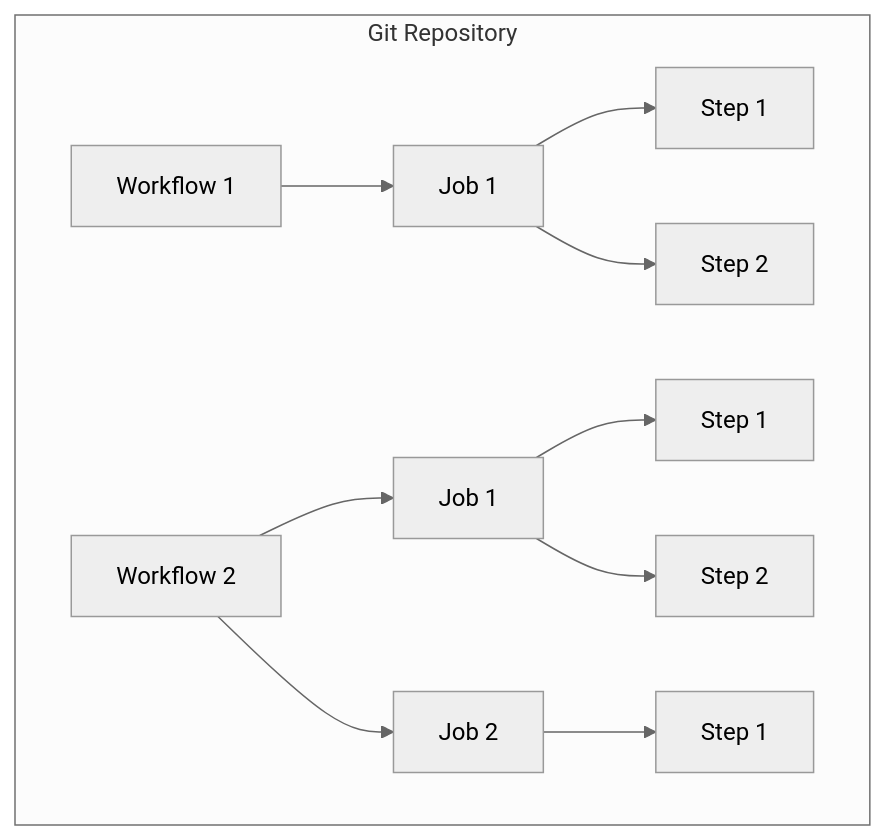
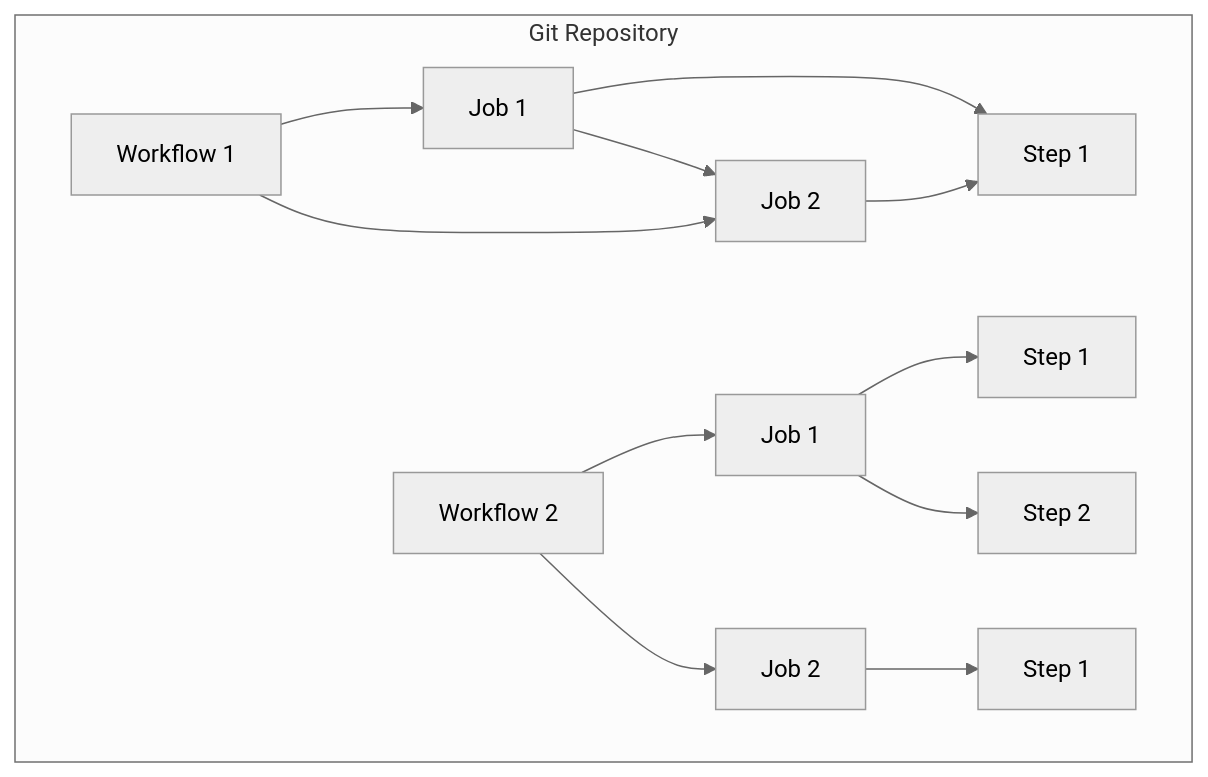
One commit to rtdevx/rtdevx.github.io changed the diagram in content/posts/training/GitHub/GitHub Actions - The Complete Guide/03-github-actions-fundamentals/index.md. Above: the diagram before and after it, drawn with Mermaid (neutral theme).

Commit message:
Obsidian sync: 2025-12-08 10:20:40

```diff
--- a/content/posts/training/GitHub/GitHub Actions - The Complete Guide/03-github-actions-fundamentals/index.md
+++ b/content/posts/training/GitHub/GitHub Actions - The Complete Guide/03-github-actions-fundamentals/index.md
@@ -21,20 +21,22 @@
 {{< mermaid >}}
 flowchart TD
     subgraph Repo[Git Repository]
     %% Workflow 1
     A[Workflow 1] --> B[Job 1]
     B --> C[Step 1]
     B --> D[Step 2]
+    A[Workflow 1] --> C[Job 2]
+    C --> D[Step 1]
 
     %% Workflow 2
     E[Workflow 2] --> F[Job 1]
     E --> I[Job 2]
 
     %% Steps for Job 1
     F --> G[Step 1]
     F --> H[Step 2]
 
     %% Steps for Job 2
     I --> J[Step 1]
     end
 {{< /mermaid >}}
```
